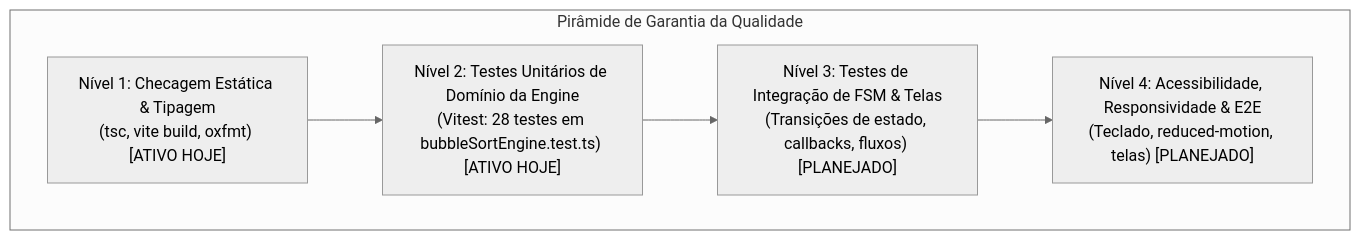
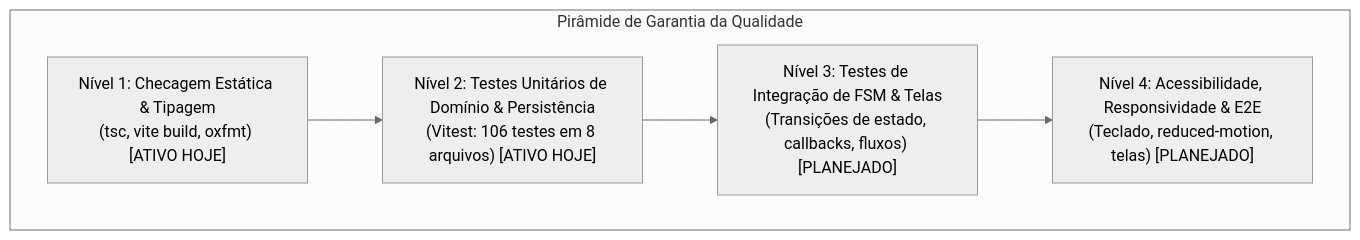
One commit to MarcosV22/Sorting-Station-Interface-Design changed the diagram in docs/wiki/08-testing-and-quality.md. Above: the diagram before and after it, drawn with Mermaid (neutral theme). The commit also changed other lines of this file and 52 other files, not shown here.

````diff
--- a/docs/wiki/08-testing-and-quality.md
+++ b/docs/wiki/08-testing-and-quality.md
@@ -41,13 +35,13 @@
 ```mermaid
 graph TD
     subgraph Piramide_Qualidade ["Pirâmide de Garantia da Qualidade"]
         N1["Nível 1: Checagem Estática & Tipagem\n(tsc, vite build, oxfmt) [ATIVO HOJE]"]
-        N2["Nível 2: Testes Unitários de Domínio da Engine\n(Vitest: 28 testes em bubbleSortEngine.test.ts) [ATIVO HOJE]"]
+        N2["Nível 2: Testes Unitários de Domínio & Persistência\n(Vitest: 106 testes em 8 arquivos) [ATIVO HOJE]"]
         N3["Nível 3: Testes de Integração de FSM & Telas\n(Transições de estado, callbacks, fluxos) [PLANEJADO]"]
         N4["Nível 4: Acessibilidade, Responsividade & E2E\n(Teclado, reduced-motion, telas) [PLANEJADO]"]
 
         N1 --> N2
         N2 --> N3
         N3 --> N4
     end
 ```
````
